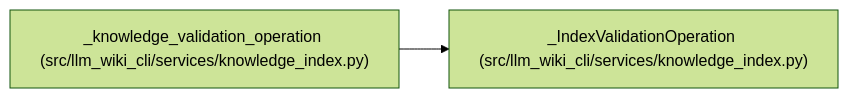
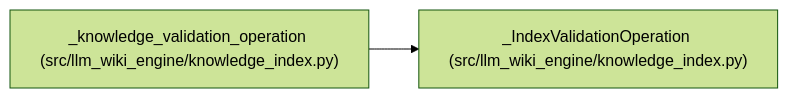
Before and after one commit to Denissvgn/python-wiki-llm: the diagram in docs/llm_wiki/entities/IndexValidationOperation.md, drawn with Mermaid (forest theme). The commit also changed other lines of this file and 1058 other files, not shown here.

First line of the commit message:
docs: refresh the wiki for the knowledge store move

````diff
--- a/docs/llm_wiki/entities/IndexValidationOperation.md
+++ b/docs/llm_wiki/entities/IndexValidationOperation.md
@@ -30,8 +30,8 @@
 ```mermaid
 flowchart LR
-    n0["_IndexValidationOperation (src/llm_wiki_cli/services/knowledge_index.py)"]
-    n1["_knowledge_validation_operation (src/llm_wiki_cli/services/knowledge_index.py)"]
+    n0["_IndexValidationOperation (src/llm_wiki_engine/knowledge_index.py)"]
+    n1["_knowledge_validation_operation (src/llm_wiki_engine/knowledge_index.py)"]
     n1 --> n0
     click n0 "../modules/knowledge_index.md"
     click n1 "../modules/knowledge_index.md"
 ```
````
